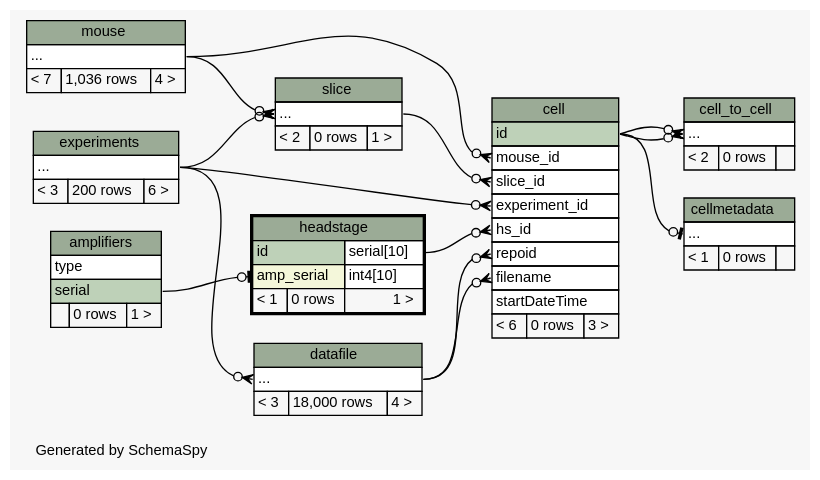
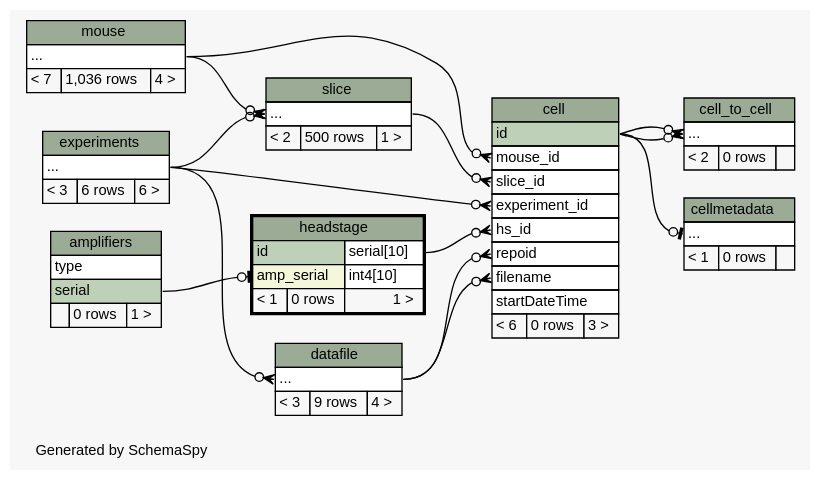
The diagram in database/ss/diagrams/headstage.2degrees.dot (tgbugs/mlab), drawn with Graphviz before and after one commit. The commit also changed 204 other files, not shown here.

Commit message:
got the hardware working as a tree, removed explicit amp and headstage classes, updated schemaspy

```diff
--- a/database/ss/diagrams/headstage.2degrees.dot
+++ b/database/ss/diagrams/headstage.2degrees.dot
@@ -1,134 +1,134 @@
 // dot 2.32.0 on Windows 7 6.1
 // SchemaSpy rev 590
 digraph "twoDegreesRelationshipsDiagram" {
   graph [
     rankdir="RL"
     bgcolor="#f7f7f7"
     label="\nGenerated by SchemaSpy"
     labeljust="l"
     nodesep="0.18"
     ranksep="0.46"
     fontname="Helvetica"
     fontsize="11"
   ];
   node [
     fontname="Helvetica"
     fontsize="11"
     shape="plaintext"
   ];
   edge [
     arrowsize="0.8"
   ];
   "cell":"experiment_id":w -> "experiments":"elipses":e [arrowhead=none dir=back arrowtail=crowodot];
   "cell":"filename":w -> "datafile":"elipses":e [arrowhead=none dir=back arrowtail=crowodot];
   "cell":"hs_id":w -> "headstage":"id.type":e [arrowhead=none dir=back arrowtail=crowodot];
   "cell":"mouse_id":w -> "mouse":"elipses":e [arrowhead=none dir=back arrowtail=crowodot];
   "cell":"repoid":w -> "datafile":"elipses":e [arrowhead=none dir=back arrowtail=crowodot];
   "cell":"slice_id":w -> "slice":"elipses":e [arrowhead=none dir=back arrowtail=crowodot];
   "cell_to_cell":"elipses":w -> "cell":"id":e [arrowhead=none dir=back arrowtail=crowodot];
   "cell_to_cell":"elipses":w -> "cell":"id":e [arrowhead=none dir=back arrowtail=crowodot];
   "cellmetadata":"elipses":w -> "cell":"id":e [arrowhead=none dir=back arrowtail=teeodot];
   "datafile":"elipses":w -> "experiments":"elipses":e [arrowhead=none dir=back arrowtail=crowodot];
   "headstage":"amp_serial":w -> "amplifiers":"serial":e [arrowhead=none dir=back arrowtail=teeodot];
   "slice":"elipses":w -> "mouse":"elipses":e [arrowhead=none dir=back arrowtail=crowodot];
   "slice":"elipses":w -> "experiments":"elipses":e [arrowhead=none dir=back arrowtail=crowodot];
   "amplifiers" [
     label=<
     <TABLE BORDER="0" CELLBORDER="1" CELLSPACING="0" BGCOLOR="#ffffff">
       <TR><TD COLSPAN="3" BGCOLOR="#9bab96" ALIGN="CENTER">amplifiers</TD></TR>
       <TR><TD PORT="type" COLSPAN="3" ALIGN="LEFT">type</TD></TR>
       <TR><TD PORT="serial" COLSPAN="3" BGCOLOR="#bed1b8" ALIGN="LEFT">serial</TD></TR>
       <TR><TD ALIGN="LEFT" BGCOLOR="#f7f7f7">  </TD><TD ALIGN="RIGHT" BGCOLOR="#f7f7f7">0 rows</TD><TD ALIGN="RIGHT" BGCOLOR="#f7f7f7">1 &gt;</TD></TR>
     </TABLE>>
     URL="amplifiers.html"
     tooltip="amplifiers"
   ];
   "cell" [
     label=<
     <TABLE BORDER="0" CELLBORDER="1" CELLSPACING="0" BGCOLOR="#ffffff">
       <TR><TD COLSPAN="3" BGCOLOR="#9bab96" ALIGN="CENTER">cell</TD></TR>
       <TR><TD PORT="id" COLSPAN="3" BGCOLOR="#bed1b8" ALIGN="LEFT">id</TD></TR>
       <TR><TD PORT="mouse_id" COLSPAN="3" ALIGN="LEFT">mouse_id</TD></TR>
       <TR><TD PORT="slice_id" COLSPAN="3" ALIGN="LEFT">slice_id</TD></TR>
       <TR><TD PORT="experiment_id" COLSPAN="3" ALIGN="LEFT">experiment_id</TD></TR>
       <TR><TD PORT="hs_id" COLSPAN="3" ALIGN="LEFT">hs_id</TD></TR>
       <TR><TD PORT="repoid" COLSPAN="3" ALIGN="LEFT">repoid</TD></TR>
       <TR><TD PORT="filename" COLSPAN="3" ALIGN="LEFT">filename</TD></TR>
       <TR><TD PORT="startDateTime" COLSPAN="3" ALIGN="LEFT">startDateTime</TD></TR>
       <TR><TD ALIGN="LEFT" BGCOLOR="#f7f7f7">&lt; 6</TD><TD ALIGN="RIGHT" BGCOLOR="#f7f7f7">0 rows</TD><TD ALIGN="RIGHT" BGCOLOR="#f7f7f7">3 &gt;</TD></TR>
     </TABLE>>
     URL="cell.html"
     tooltip="cell"
   ];
   "cell_to_cell" [
     label=<
     <TABLE BORDER="0" CELLBORDER="1" CELLSPACING="0" BGCOLOR="#ffffff">
       <TR><TD COLSPAN="3" BGCOLOR="#9bab96" ALIGN="CENTER">cell_to_cell</TD></TR>
       <TR><TD PORT="elipses" COLSPAN="3" ALIGN="LEFT">...</TD></TR>
       <TR><TD ALIGN="LEFT" BGCOLOR="#f7f7f7">&lt; 2</TD><TD ALIGN="RIGHT" BGCOLOR="#f7f7f7">0 rows</TD><TD ALIGN="RIGHT" BGCOLOR="#f7f7f7">  </TD></TR>
     </TABLE>>
     URL="cell_to_cell.html"
     tooltip="cell_to_cell"
   ];
   "cellmetadata" [
     label=<
     <TABLE BORDER="0" CELLBORDER="1" CELLSPACING="0" BGCOLOR="#ffffff">
       <TR><TD COLSPAN="3" BGCOLOR="#9bab96" ALIGN="CENTER">cellmetadata</TD></TR>
       <TR><TD PORT="elipses" COLSPAN="3" ALIGN="LEFT">...</TD></TR>
       <TR><TD ALIGN="LEFT" BGCOLOR="#f7f7f7">&lt; 1</TD><TD ALIGN="RIGHT" BGCOLOR="#f7f7f7">0 rows</TD><TD ALIGN="RIGHT" BGCOLOR="#f7f7f7">  </TD></TR>
     </TABLE>>
     URL="cellmetadata.html"
     tooltip="cellmetadata"
   ];
   "datafile" [
     label=<
     <TABLE BORDER="0" CELLBORDER="1" CELLSPACING="0" BGCOLOR="#ffffff">
       <TR><TD COLSPAN="3" BGCOLOR="#9bab96" ALIGN="CENTER">datafile</TD></TR>
       <TR><TD PORT="elipses" COLSPAN="3" ALIGN="LEFT">...</TD></TR>
-      <TR><TD ALIGN="LEFT" BGCOLOR="#f7f7f7">&lt; 3</TD><TD ALIGN="RIGHT" BGCOLOR="#f7f7f7">18,000 rows</TD><TD ALIGN="RIGHT" BGCOLOR="#f7f7f7">4 &gt;</TD></TR>
+      <TR><TD ALIGN="LEFT" BGCOLOR="#f7f7f7">&lt; 3</TD><TD ALIGN="RIGHT" BGCOLOR="#f7f7f7">9 rows</TD><TD ALIGN="RIGHT" BGCOLOR="#f7f7f7">4 &gt;</TD></TR>
     </TABLE>>
     URL="datafile.html"
     tooltip="datafile"
   ];
   "experiments" [
     label=<
     <TABLE BORDER="0" CELLBORDER="1" CELLSPACING="0" BGCOLOR="#ffffff">
       <TR><TD COLSPAN="3" BGCOLOR="#9bab96" ALIGN="CENTER">experiments</TD></TR>
       <TR><TD PORT="elipses" COLSPAN="3" ALIGN="LEFT">...</TD></TR>
-      <TR><TD ALIGN="LEFT" BGCOLOR="#f7f7f7">&lt; 3</TD><TD ALIGN="RIGHT" BGCOLOR="#f7f7f7">200 rows</TD><TD ALIGN="RIGHT" BGCOLOR="#f7f7f7">6 &gt;</TD></TR>
+      <TR><TD ALIGN="LEFT" BGCOLOR="#f7f7f7">&lt; 3</TD><TD ALIGN="RIGHT" BGCOLOR="#f7f7f7">6 rows</TD><TD ALIGN="RIGHT" BGCOLOR="#f7f7f7">6 &gt;</TD></TR>
     </TABLE>>
     URL="experiments.html"
     tooltip="experiments"
   ];
   "headstage" [
     label=<
     <TABLE BORDER="2" CELLBORDER="1" CELLSPACING="0" BGCOLOR="#ffffff">
       <TR><TD COLSPAN="3" BGCOLOR="#9bab96" ALIGN="CENTER">headstage</TD></TR>
       <TR><TD PORT="id" COLSPAN="2" BGCOLOR="#bed1b8" ALIGN="LEFT">id</TD><TD PORT="id.type" ALIGN="LEFT">serial[10]</TD></TR>
       <TR><TD PORT="amp_serial" COLSPAN="2" BGCOLOR="#f4f7da" ALIGN="LEFT">amp_serial</TD><TD PORT="amp_serial.type" ALIGN="LEFT">int4[10]</TD></TR>
       <TR><TD ALIGN="LEFT" BGCOLOR="#f7f7f7">&lt; 1</TD><TD ALIGN="RIGHT" BGCOLOR="#f7f7f7">0 rows</TD><TD ALIGN="RIGHT" BGCOLOR="#f7f7f7">1 &gt;</TD></TR>
     </TABLE>>
     URL="headstage.html"
     tooltip="headstage"
   ];
   "mouse" [
     label=<
     <TABLE BORDER="0" CELLBORDER="1" CELLSPACING="0" BGCOLOR="#ffffff">
       <TR><TD COLSPAN="3" BGCOLOR="#9bab96" ALIGN="CENTER">mouse</TD></TR>
       <TR><TD PORT="elipses" COLSPAN="3" ALIGN="LEFT">...</TD></TR>
       <TR><TD ALIGN="LEFT" BGCOLOR="#f7f7f7">&lt; 7</TD><TD ALIGN="RIGHT" BGCOLOR="#f7f7f7">1,036 rows</TD><TD ALIGN="RIGHT" BGCOLOR="#f7f7f7">4 &gt;</TD></TR>
     </TABLE>>
     URL="mouse.html"
     tooltip="mouse"
   ];
   "slice" [
     label=<
     <TABLE BORDER="0" CELLBORDER="1" CELLSPACING="0" BGCOLOR="#ffffff">
       <TR><TD COLSPAN="3" BGCOLOR="#9bab96" ALIGN="CENTER">slice</TD></TR>
       <TR><TD PORT="elipses" COLSPAN="3" ALIGN="LEFT">...</TD></TR>
-      <TR><TD ALIGN="LEFT" BGCOLOR="#f7f7f7">&lt; 2</TD><TD ALIGN="RIGHT" BGCOLOR="#f7f7f7">0 rows</TD><TD ALIGN="RIGHT" BGCOLOR="#f7f7f7">1 &gt;</TD></TR>
+      <TR><TD ALIGN="LEFT" BGCOLOR="#f7f7f7">&lt; 2</TD><TD ALIGN="RIGHT" BGCOLOR="#f7f7f7">500 rows</TD><TD ALIGN="RIGHT" BGCOLOR="#f7f7f7">1 &gt;</TD></TR>
     </TABLE>>
     URL="slice.html"
     tooltip="slice"
   ];
 }
```
